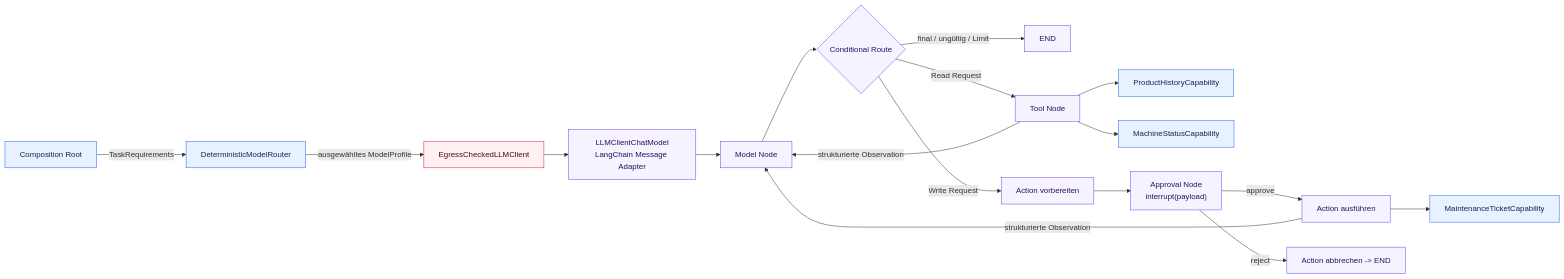
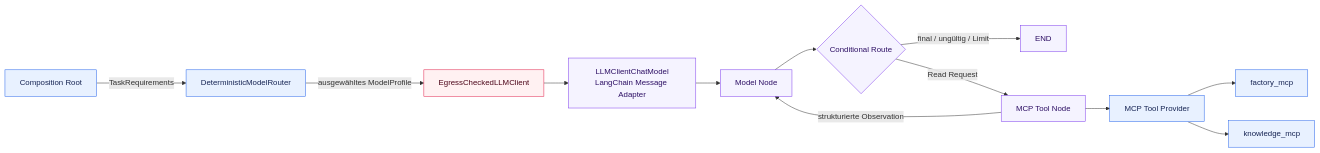
Before and after one commit to aboerzel/industrial-ai-agent: the fifth of 11 diagrams in docs/architecture/overview.de.md, drawn with Mermaid. The commit also changed other lines of this file and 30 other files, not shown here.

````diff
--- a/docs/architecture/overview.de.md
+++ b/docs/architecture/overview.de.md
@@ -313,26 +309,21 @@
 ```mermaid
 flowchart LR
     CR["Composition Root"] -->|"TaskRequirements"| Router["DeterministicModelRouter"]
     Router -->|"ausgewähltes ModelProfile"| Security["EgressCheckedLLMClient"]
     Security --> Adapter["LLMClientChatModel<br/>LangChain Message Adapter"]
     Adapter --> Model["Model Node"]
     Model --> Route{"Conditional Route"}
     Route -->|"final / ungültig / Limit"| End["END"]
-    Route -->|"Read Request"| Tool["Tool Node"]
-    Route -->|"Write Request"| Prepare["Action vorbereiten"]
+    Route -->|"Read Request"| Tool["MCP Tool Node"]
     Tool -->|"strukturierte Observation"| Model
-    Tool --> Product["ProductHistoryCapability"]
-    Tool --> Machine["MachineStatusCapability"]
-    Prepare --> Approval["Approval Node<br/>interrupt(payload)"]
-    Approval -->|"approve"| Execute["Action ausführen"]
-    Approval -->|"reject"| Cancel["Action abbrechen -> END"]
-    Execute -->|"strukturierte Observation"| Model
-    Execute --> Ticket["MaintenanceTicketCapability"]
+    Tool --> Provider["MCP Tool Provider"]
+    Provider --> Factory["factory_mcp"]
+    Provider --> Knowledge["knowledge_mcp"]
 
     classDef core fill:#e8f1ff,stroke:#2563eb,color:#172554
     classDef framework fill:#f5f3ff,stroke:#7c3aed,color:#2e1065
     classDef security fill:#fff1f2,stroke:#e11d48,color:#4c0519
-    class CR,Router,Product,Machine,Ticket core
-    class Adapter,Model,Route,Tool,Prepare,Approval,Execute,Cancel,End framework
+    class CR,Router,Provider,Factory,Knowledge core
+    class Adapter,Model,Route,Tool,End framework
     class Security security
 ```
````
